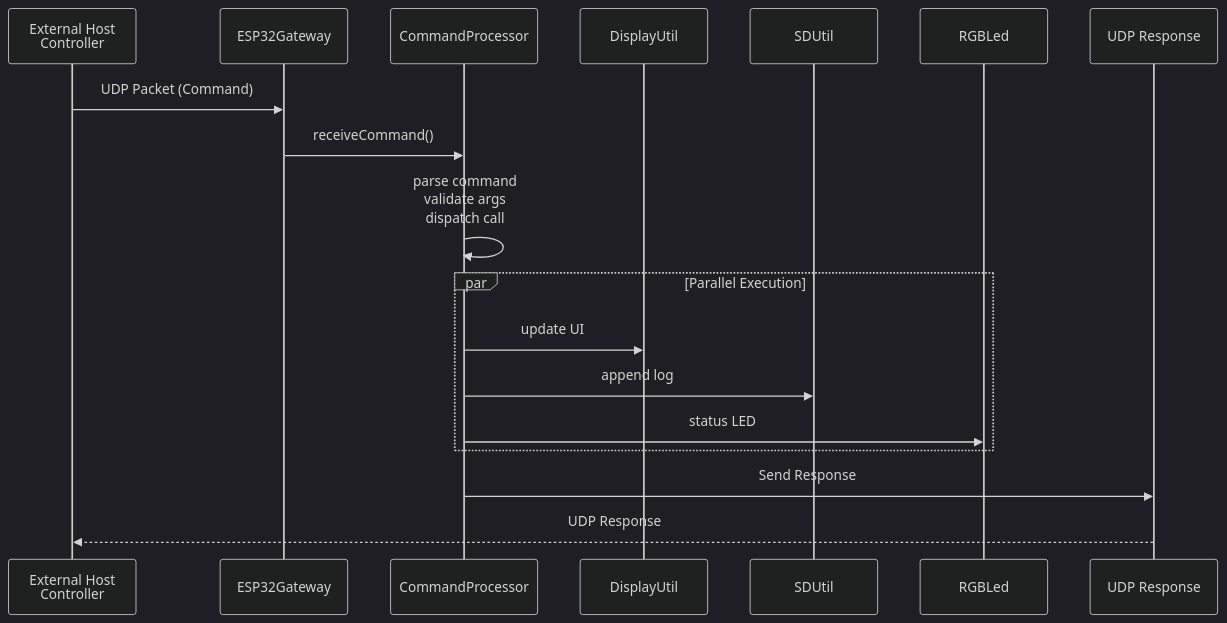
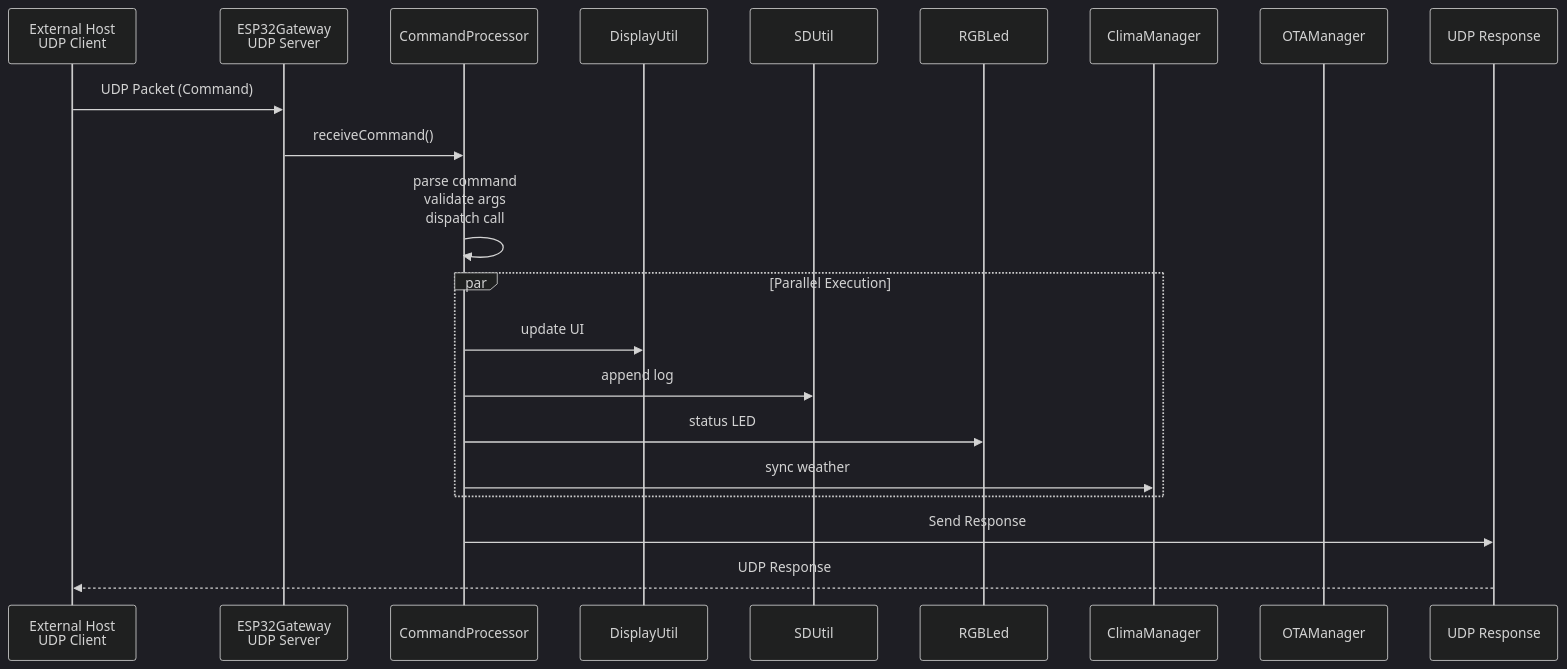
Before and after one commit to paulocfmarques-collab/esp32C6: the sixth of 12 diagrams in README.md, drawn with Mermaid (dark theme). The commit also changed other lines of this file, not shown here.

Commit message:
docs: complete README upgrade with ClimaManager and OTAManager documentation

````diff
--- a/README.md
+++ b/README.md
@@ -249,23 +400,26 @@
 ```mermaid
 sequenceDiagram
-    participant Host as External Host<br/>Controller
-    participant GW as ESP32Gateway
+    participant Host as External Host<br/>UDP Client
+    participant GW as ESP32Gateway<br/>UDP Server
     participant CMD as CommandProcessor
     participant Display as DisplayUtil
     participant SD as SDUtil
     participant LED as RGBLed
+    participant Weather as ClimaManager
+    participant OTA as OTAManager
     participant Response as UDP Response
     
     Host->>GW: UDP Packet (Command)
     GW->>CMD: receiveCommand()
     CMD->>CMD: parse command<br/>validate args<br/>dispatch call
     
     par Parallel Execution
         CMD->>Display: update UI
         CMD->>SD: append log
         CMD->>LED: status LED
+        CMD->>Weather: sync weather
     end
     
     CMD->>Response: Send Response
     Response-->>Host: UDP Response
 ```
````
